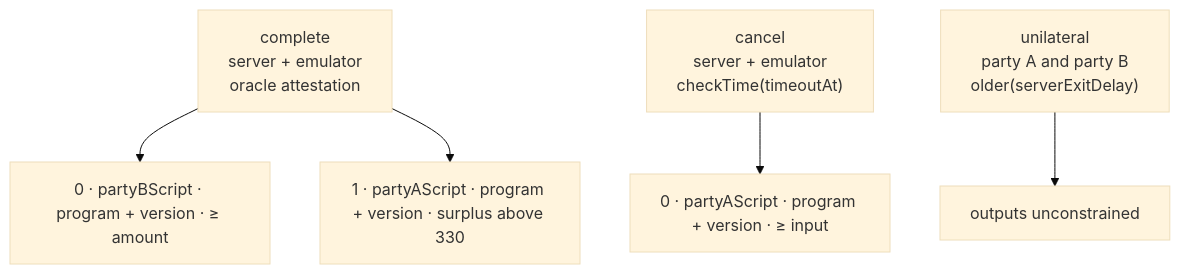
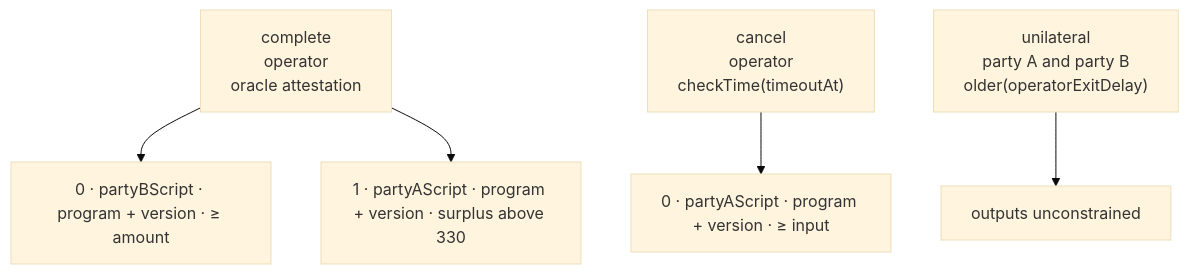
The diagram in examples/escrow/escrow.md (arkade-os/compiler), drawn with Mermaid (base theme) before and after one commit. The commit also changed other lines of this file and 77 other files, not shown here.

Commit message:
Rename server to operator, drop the emulator role and synthesize a single tweaked operator default leaf.

````diff
--- a/examples/escrow/escrow.md
+++ b/examples/escrow/escrow.md
@@ -5,11 +5,11 @@
 ```mermaid
 flowchart TD
-  complete["complete<br/>server + emulator<br/>oracle attestation"]
-  cancel["cancel<br/>server + emulator<br/>checkTime(timeoutAt)"]
-  unilateral["unilateral<br/>party A and party B<br/>older(serverExitDelay)"]
+  complete["complete<br/>operator<br/>oracle attestation"]
+  cancel["cancel<br/>operator<br/>checkTime(timeoutAt)"]
+  unilateral["unilateral<br/>party A and party B<br/>older(operatorExitDelay)"]
 
   complete --> b0["0 · partyBScript · program + version · ≥ amount"]
   complete --> a1["1 · partyAScript · program + version · surplus above 330"]
   cancel --> a0["0 · partyAScript · program + version · ≥ input"]
   unilateral --> free["outputs unconstrained"]
 ```
````
